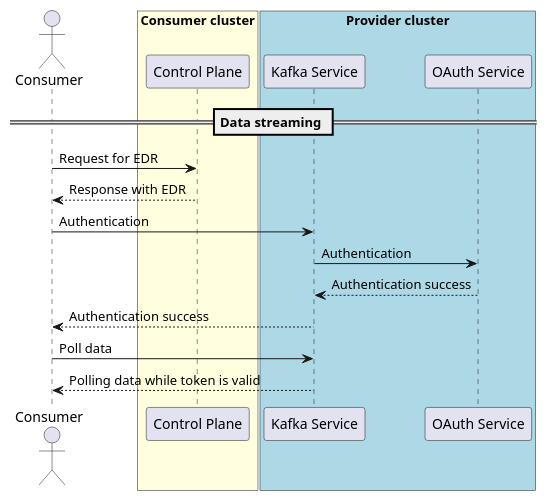
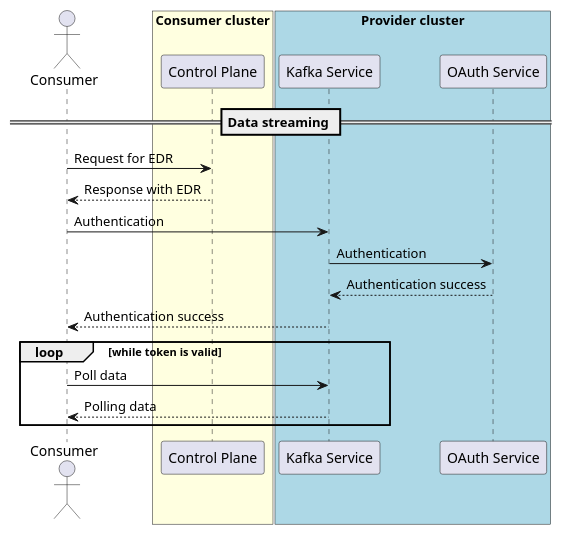
Before and after one commit to eclipse-tractusx/tractusx-edc-kafka-extension: the diagram in concepts/MVP-kafka-pull/puml/Sequence diagram EDC Kafka Extension data streaming.puml, drawn with PlantUML. The commit also changed 8 other files, not shown here.

Commit message:
docs: restructure PUML diagrams for more readability

```diff
--- a/concepts/MVP-kafka-pull/puml/Sequence diagram EDC Kafka Extension data streaming.puml
+++ b/concepts/MVP-kafka-pull/puml/Sequence diagram EDC Kafka Extension data streaming.puml
@@ -1,26 +1,28 @@
 @startuml
 /'
 SPDX-License-Identifier: CC-BY-4.0
 SPDX-FileCopyrightText: (c) 2025 Cofinity-X GmbH
 '/
 actor ConsumerApp as "Consumer"
 
 box "Consumer cluster" #LightYellow
     participant "Control Plane" as ConsumerCP
 end box
 
 box "Provider cluster" #LightBlue
     participant "Kafka Service" as Kafka
     participant "OAuth Service" as OAuth2
 end box
 
 == Data streaming ==
 ConsumerApp -> ConsumerCP : Request for EDR
 ConsumerApp <-- ConsumerCP : Response with EDR
 ConsumerApp -> Kafka : Authentication
 Kafka -> OAuth2 : Authentication
 Kafka <-- OAuth2 : Authentication success
 ConsumerApp <-- Kafka : Authentication success
-ConsumerApp -> Kafka : Poll data
-ConsumerApp <-- Kafka : Polling data while token is valid
+loop while token is valid
+    ConsumerApp -> Kafka : Poll data
+    ConsumerApp <-- Kafka : Polling data
+end loop
 @enduml
```
